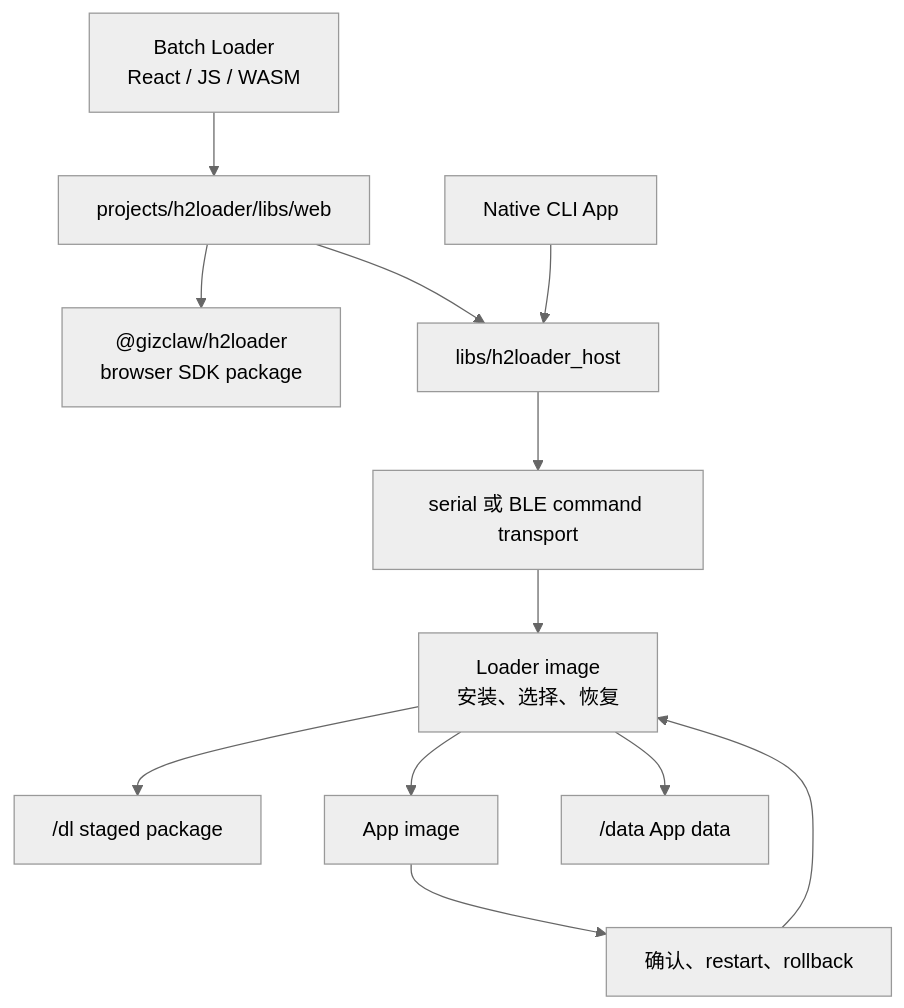
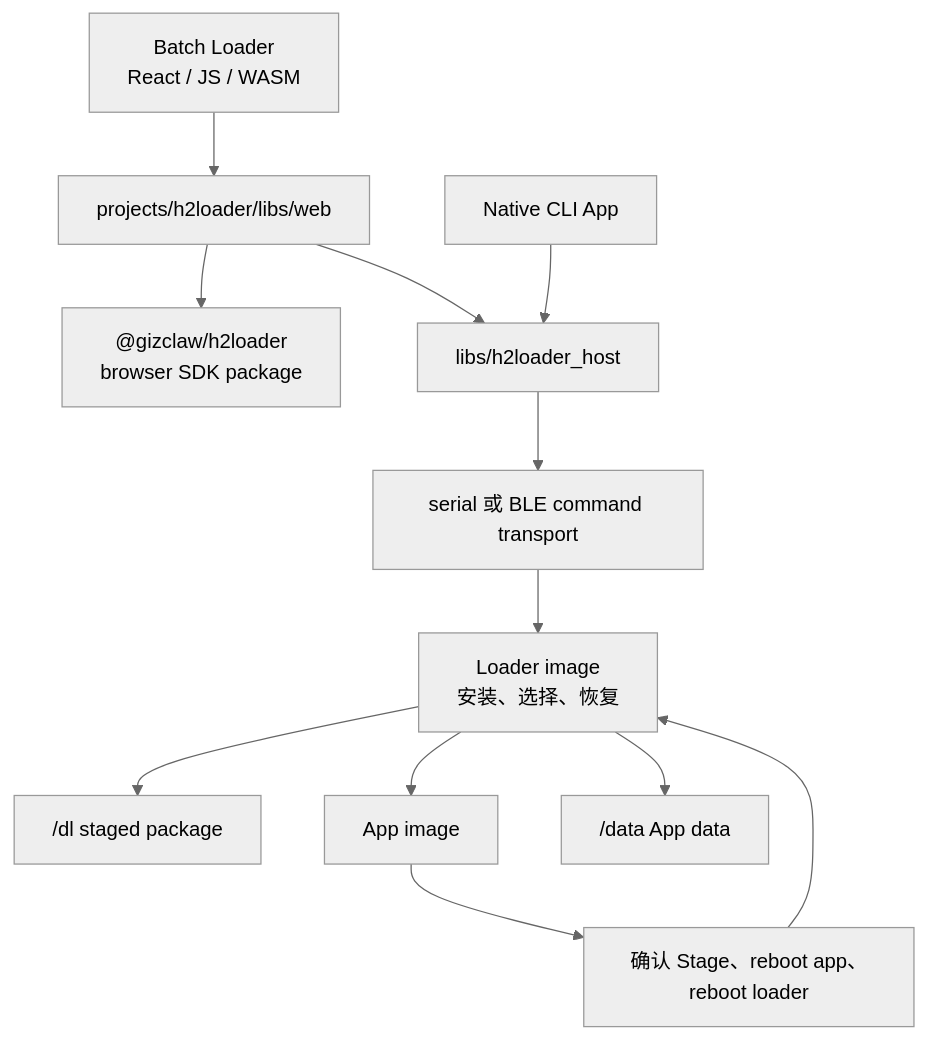
The first of 2 diagrams in guides/apps/h2loader/index.md (GizClaw/gizos), drawn with Mermaid (neutral theme) before and after one commit. The commit also changed other lines of this file and 53 other files, not shown here.

````diff
--- a/guides/apps/h2loader/index.md
+++ b/guides/apps/h2loader/index.md
@@ -61,14 +61,14 @@
 ```mermaid
 flowchart TD
     Batch["Batch Loader<br/>React / JS / WASM"] --> WebSDK["projects/h2loader/libs/web"]
     WebSDK --> NpmSDK["@gizclaw/h2loader<br/>browser SDK package"]
     WebSDK --> HostCore["libs/h2loader_host"]
     CLI["Native CLI App"] --> HostCore
     HostCore --> Transport["serial 或 BLE command transport"]
     Transport --> Loader["Loader image<br/>安装、选择、恢复"]
     Loader --> Package["/dl staged package"]
     Loader --> AppImage["App image"]
     Loader --> Data["/data App data"]
-    AppImage --> Confirm["确认、restart、rollback"]
+    AppImage --> Confirm["确认 Stage、reboot app、reboot loader"]
     Confirm --> Loader
 ```
````
